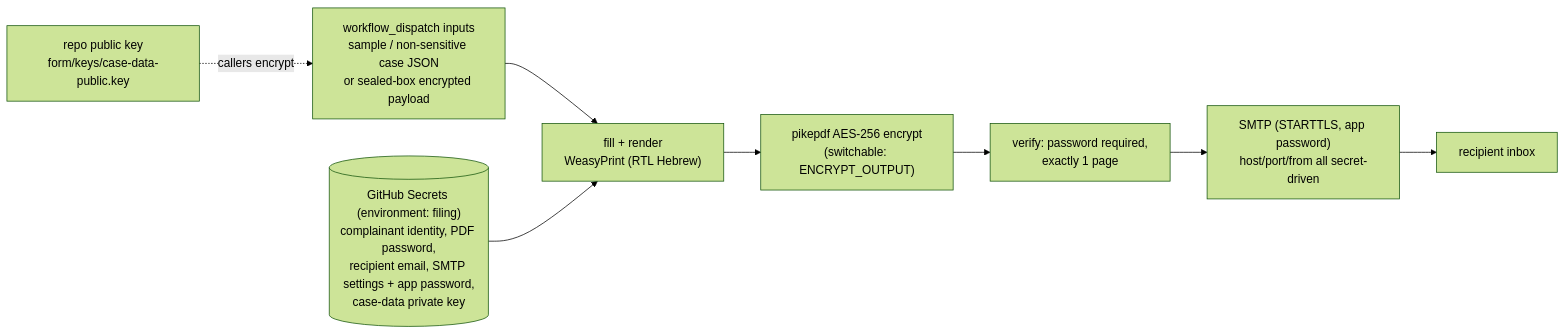
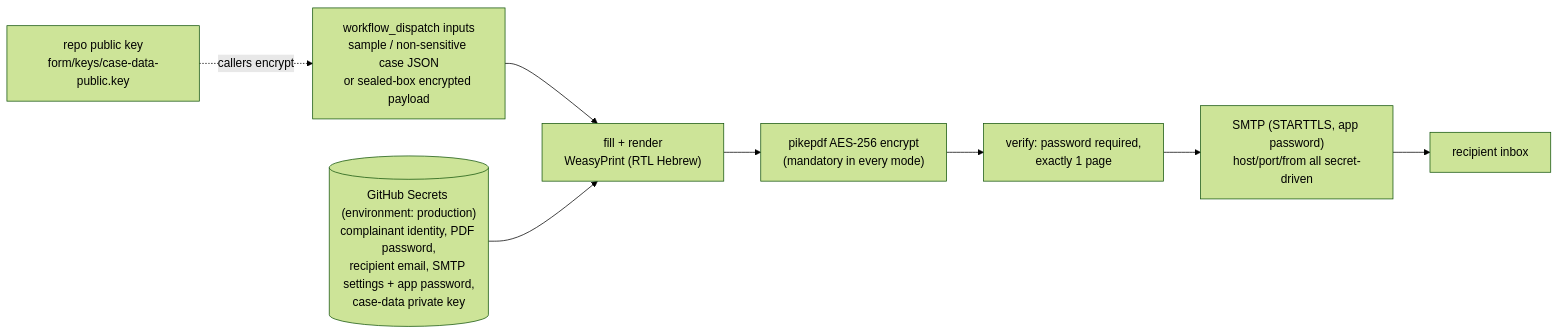
One commit to civic-form-tools/traffic-complaint-form changed the diagram in README.md. Above: the diagram before and after it, drawn with Mermaid (forest theme). The commit also changed other lines of this file and 11 other files, not shown here.

First line of the commit message:
Require atomic FILING_BUNDLE behind protected production gate (#23)

````diff
--- a/README.md
+++ b/README.md
@@ -22,10 +22,10 @@
 ```mermaid
 flowchart LR
     A["workflow_dispatch inputs<br>sample / non-sensitive case JSON<br>or sealed-box encrypted payload"] --> C["fill + render<br>WeasyPrint (RTL Hebrew)"]
     K["repo public key<br>form/keys/case-data-public.key"] -. callers encrypt .-> A
-    S[("GitHub Secrets (environment: filing)<br>complainant identity, PDF password,<br>recipient email, SMTP settings + app password,<br>case-data private key")] --> C
-    C --> D["pikepdf AES-256 encrypt<br>(switchable: ENCRYPT_OUTPUT)"]
+    S[("GitHub Secrets (environment: production)<br>complainant identity, PDF password,<br>recipient email, SMTP settings + app password,<br>case-data private key")] --> C
+    C --> D["pikepdf AES-256 encrypt<br>(mandatory in every mode)"]
     D --> V["verify: password required,<br>exactly 1 page"]
     V --> M["SMTP (STARTTLS, app password)<br>host/port/from all secret-driven"]
     M --> E["recipient inbox"]
 ```
````
